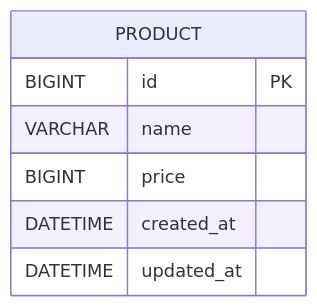
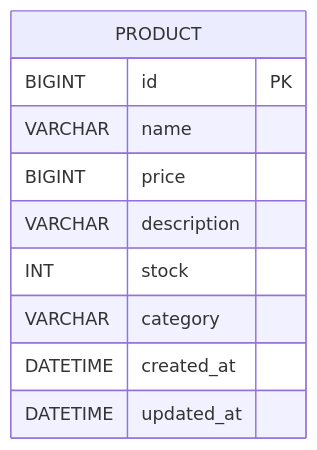
Before and after one commit to Leegunmyeong/ai-practice3: the second of 2 diagrams in docs/db/schema.md, drawn with Mermaid. The commit also changed other lines of this file and 3 other files, not shown here.

````diff
--- a/docs/db/schema.md
+++ b/docs/db/schema.md
@@ -30,10 +30,13 @@
 ```mermaid
 erDiagram
   PRODUCT {
     BIGINT id PK
     VARCHAR name
     BIGINT price
+    VARCHAR description
+    INT stock
+    VARCHAR category
     DATETIME created_at
     DATETIME updated_at
   }
 ```
````
